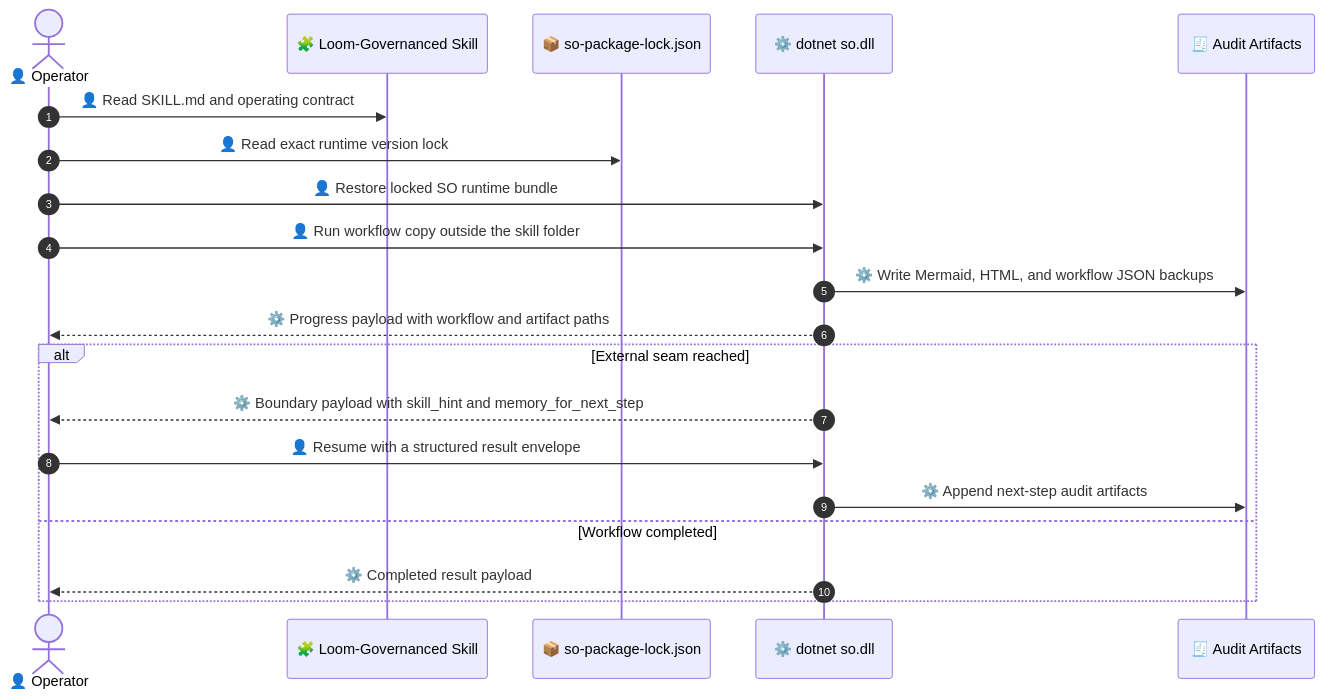
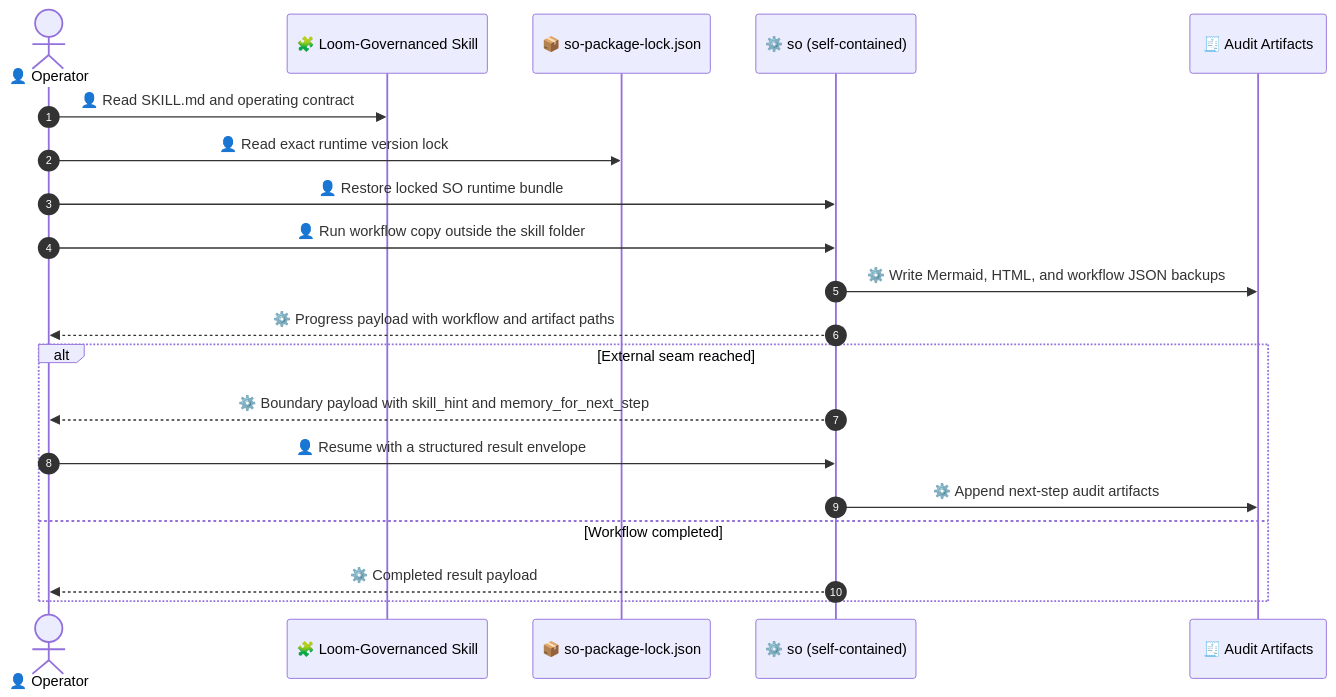
One commit to waynebaby/Techne-Loom changed the first of 2 diagrams in README.md. Above: the diagram before and after it, drawn with Mermaid. The commit also changed other lines of this file and 153 other files, not shown here.

````diff
--- a/README.md
+++ b/README.md
@@ -222,23 +225,23 @@
 ```mermaid
 sequenceDiagram
     autonumber
     actor Operator as 👤 Operator
     participant Skill as 🧩 Loom-Governanced Skill
     participant Lock as 📦 so-package-lock.json
-    participant Runtime as ⚙️ dotnet so.dll
+    participant Runtime as ⚙️ so (self-contained)
     participant Audit as 🧾 Audit Artifacts
 
     Operator->>Skill: 👤 Read SKILL.md and operating contract
     Operator->>Lock: 👤 Read exact runtime version lock
     Operator->>Runtime: 👤 Restore locked SO runtime bundle
     Operator->>Runtime: 👤 Run workflow copy outside the skill folder
     Runtime->>Audit: ⚙️ Write Mermaid, HTML, and workflow JSON backups
     Runtime-->>Operator: ⚙️ Progress payload with workflow and artifact paths
     alt External seam reached
         Runtime-->>Operator: ⚙️ Boundary payload with skill_hint and memory_for_next_step
         Operator->>Runtime: 👤 Resume with a structured result envelope
         Runtime->>Audit: ⚙️ Append next-step audit artifacts
     else Workflow completed
         Runtime-->>Operator: ⚙️ Completed result payload
     end
 ```
````
